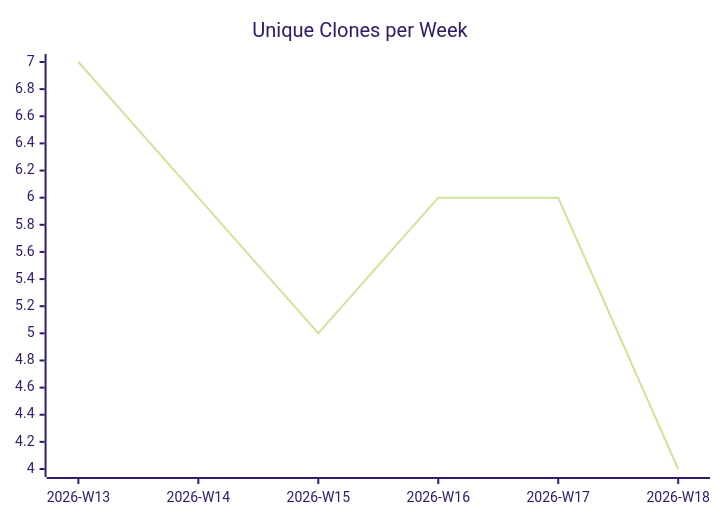
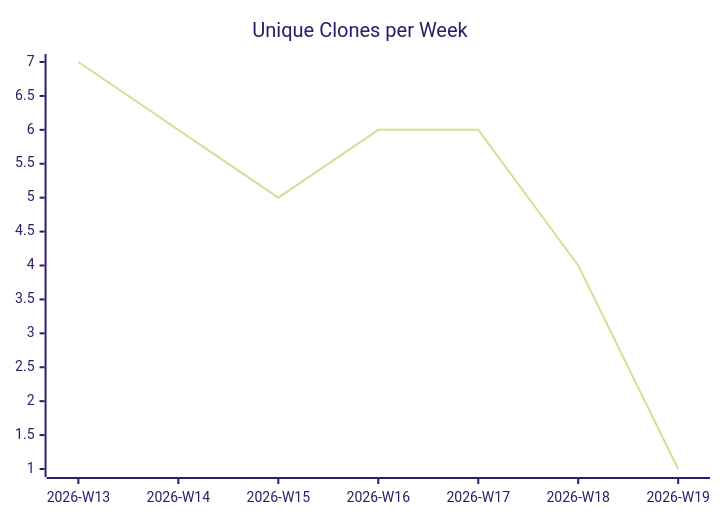
The third of 3 diagrams in karlmdavis/lego-ev3dev-rs/README.md (justdavis-family/github-analytics-data), drawn with Mermaid (forest theme) before and after one commit. The commit also changed other lines of this file and 187 other files, not shown here.

````diff
--- a/karlmdavis/lego-ev3dev-rs/README.md
+++ b/karlmdavis/lego-ev3dev-rs/README.md
@@ -19,6 +19,6 @@
 ```mermaid
 xychart-beta
   title "Unique Clones per Week"
-  x-axis ["2026-W13", "2026-W14", "2026-W15", "2026-W16", "2026-W17", "2026-W18"]
-  line [7, 6, 5, 6, 6, 4]
+  x-axis ["2026-W13", "2026-W14", "2026-W15", "2026-W16", "2026-W17", "2026-W18", "2026-W19"]
+  line [7, 6, 5, 6, 6, 4, 1]
 ```
````
